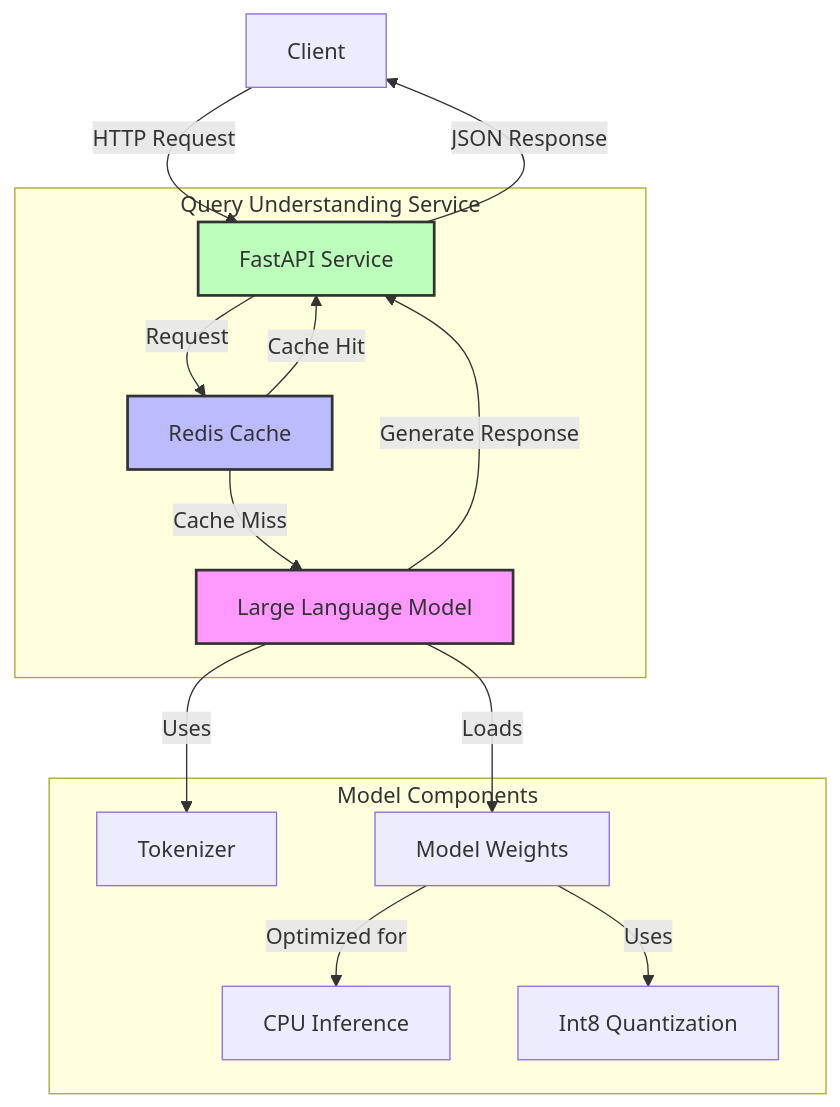
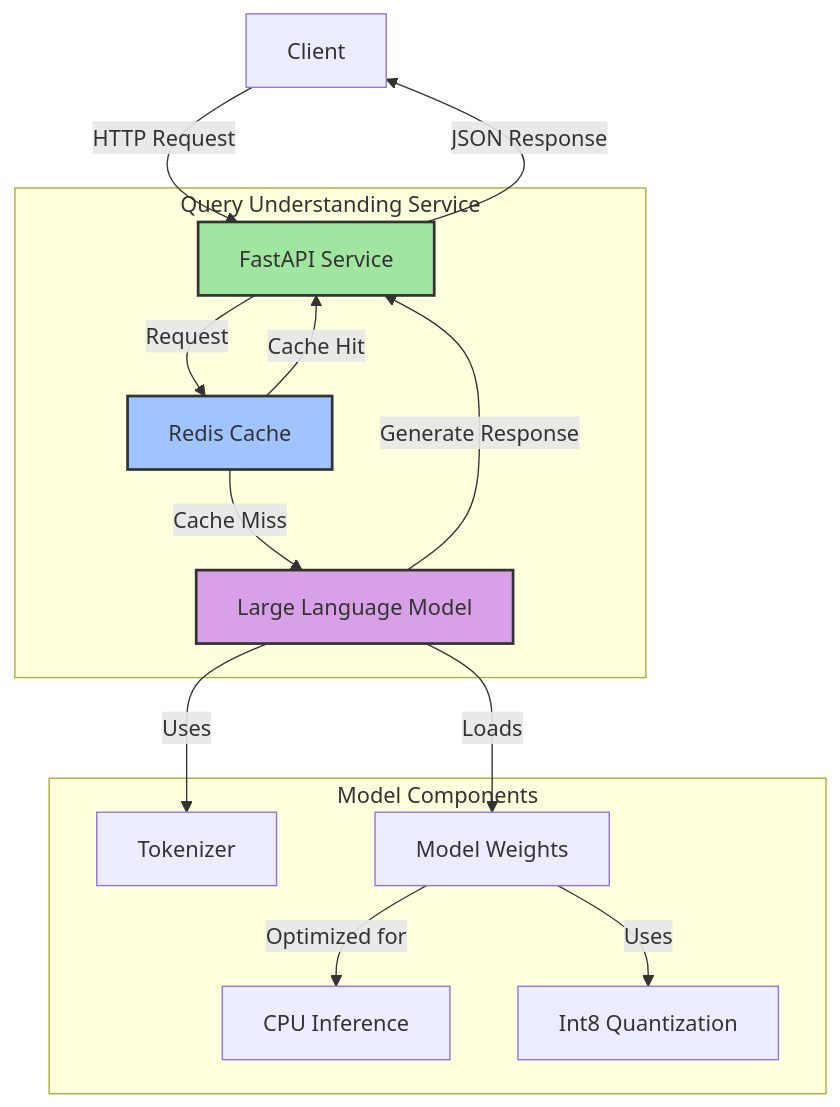
The first of 5 diagrams in An_LLM_Query_Understanding_Service/README.md (SoundMindsAI/ai_examples), drawn with Mermaid before and after one commit. The commit also changed other lines of this file, not shown here.

Commit message:
Add model comparison section and update diagrams with new color scheme

````diff
--- a/An_LLM_Query_Understanding_Service/README.md
+++ b/An_LLM_Query_Understanding_Service/README.md
@@ -75,26 +97,26 @@
 ```mermaid
 graph TD
     Client[Client] -->|HTTP Request| API[FastAPI Service]
     API -->|Request| Cache[Redis Cache]
     Cache -->|Cache Hit| API
     Cache -->|Cache Miss| LLM[Large Language Model]
     LLM -->|Generate Response| API
     API -->|JSON Response| Client
     
     subgraph "Query Understanding Service"
         API
         Cache
         LLM
     end
     
     subgraph "Model Components"
         LLM -->|Uses| Tokenizer[Tokenizer]
         LLM -->|Loads| ModelWeights[Model Weights]
         ModelWeights -->|Optimized for| CPU[CPU Inference]
         ModelWeights -->|Uses| Quantization[Int8 Quantization]
     end
 
-    style LLM fill:#f9f,stroke:#333,stroke-width:2px
-    style Cache fill:#bbf,stroke:#333,stroke-width:2px
-    style API fill:#bfb,stroke:#333,stroke-width:2px
+    style LLM fill:#d8a0e6,stroke:#333,stroke-width:2px
+    style Cache fill:#a0c4ff,stroke:#333,stroke-width:2px
+    style API fill:#a0e6a0,stroke:#333,stroke-width:2px
 ```
````
